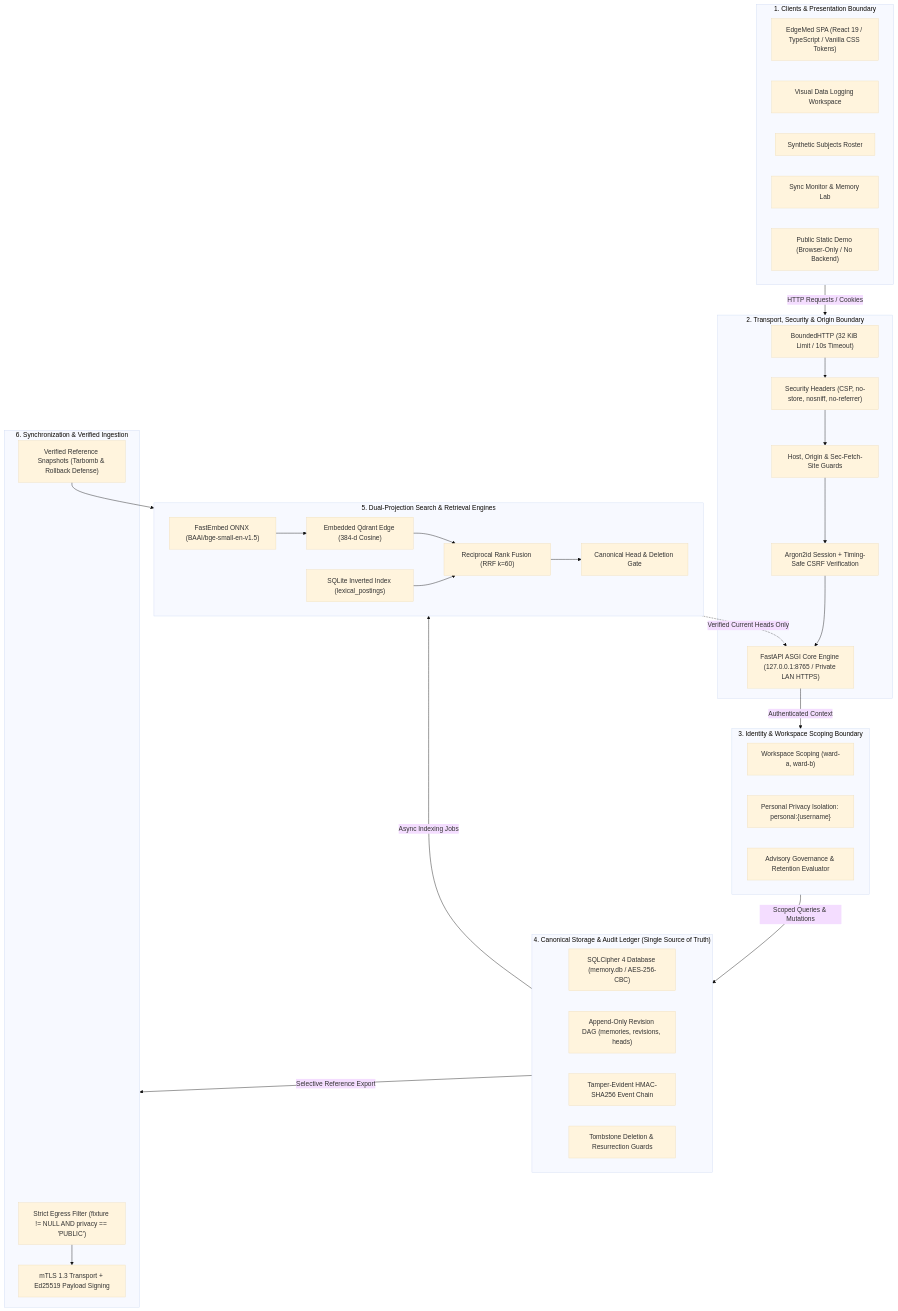
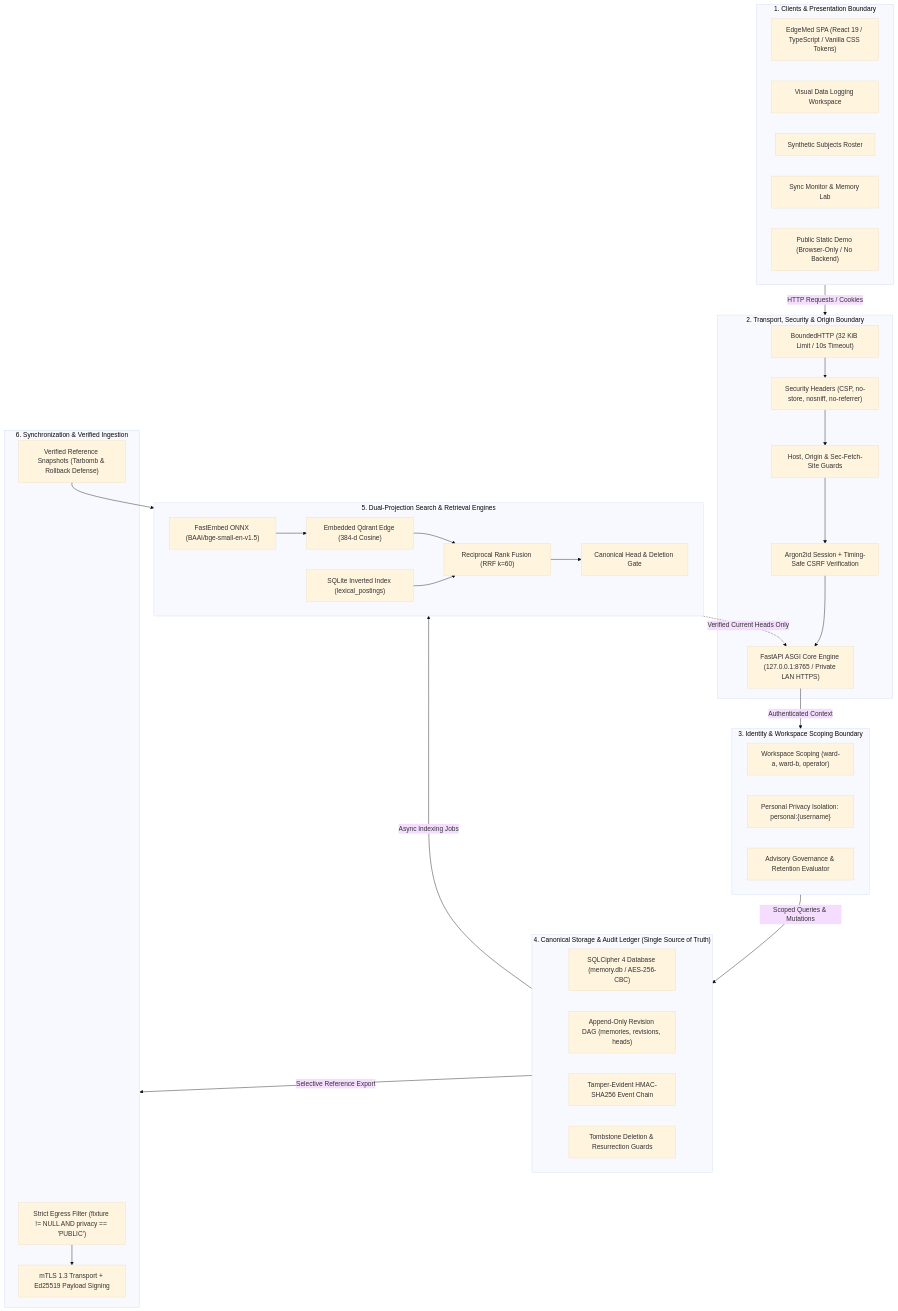
The first of 2 diagrams in README.md (shubhrgunjan/edgemed), drawn with Mermaid (base theme) before and after one commit. The commit also changed other lines of this file and 1 other file, not shown here.

Commit message:
docs: enhance README with architecture flows, workspaces, security guarantees, and pitch deck info

````diff
--- a/README.md
+++ b/README.md
@@ -41,58 +52,58 @@
 ```mermaid
 flowchart TB
     subgraph Layer1["1. Clients & Presentation Boundary"]
         SPA["EdgeMed SPA (React 19 / TypeScript / Vanilla CSS Tokens)"]
         Log["Visual Data Logging Workspace"]
         Roster["Synthetic Subjects Roster"]
         Monitor["Sync Monitor & Memory Lab"]
         Demo["Public Static Demo (Browser-Only / No Backend)"]
     end
 
     subgraph Layer2["2. Transport, Security & Origin Boundary"]
         Bound["BoundedHTTP (32 KiB Limit / 10s Timeout)"]
         SecHeaders["Security Headers (CSP, no-store, nosniff, no-referrer)"]
         HostOrigin["Host, Origin & Sec-Fetch-Site Guards"]
         AuthCSRF["Argon2id Session + Timing-Safe CSRF Verification"]
         ASGI["FastAPI ASGI Core Engine (127.0.0.1:8765 / Private LAN HTTPS)"]
     end
 
     subgraph Layer3["3. Identity & Workspace Scoping Boundary"]
-        Scopes["Workspace Scoping (ward-a, ward-b)"]
+        Scopes["Workspace Scoping (ward-a, ward-b, operator)"]
         Personal["Personal Privacy Isolation: personal:{username}"]
         Gov["Advisory Governance & Retention Evaluator"]
     end
 
     subgraph Layer4["4. Canonical Storage & Audit Ledger (Single Source of Truth)"]
         SQL["SQLCipher 4 Database (memory.db / AES-256-CBC)"]
         DAG["Append-Only Revision DAG (memories, revisions, heads)"]
         Audit["Tamper-Evident HMAC-SHA256 Event Chain"]
         Tombstone["Tombstone Deletion & Resurrection Guards"]
     end
 
     subgraph Layer5["5. Dual-Projection Search & Retrieval Engines"]
         direction LR
         ONNX["FastEmbed ONNX (BAAI/bge-small-en-v1.5)"]
         Qdrant["Embedded Qdrant Edge (384-d Cosine)"]
         Inverted["SQLite Inverted Index (lexical_postings)"]
         RRF["Reciprocal Rank Fusion (RRF k=60)"]
         Eligible["Canonical Head & Deletion Gate"]
     end
 
     subgraph Layer6["6. Synchronization & Verified Ingestion"]
         Egress["Strict Egress Filter (fixture != NULL AND privacy == 'PUBLIC')"]
         mTLS["mTLS 1.3 Transport + Ed25519 Payload Signing"]
         Snapshots["Verified Reference Snapshots (Tarbomb & Rollback Defense)"]
     end
 
     Layer1 -->|"HTTP Requests / Cookies"| Layer2
     Bound --> SecHeaders --> HostOrigin --> AuthCSRF --> ASGI
     ASGI -->|"Authenticated Context"| Layer3
     Layer3 -->|"Scoped Queries & Mutations"| Layer4
     Layer4 -->|"Async Indexing Jobs"| Layer5
     ONNX --> Qdrant --> RRF
     Inverted --> RRF
     RRF --> Eligible -.->|"Verified Current Heads Only"| ASGI
     Layer4 -->|"Selective Reference Export"| Layer6
     Egress --> mTLS
     Snapshots --> Qdrant
 ```
````
